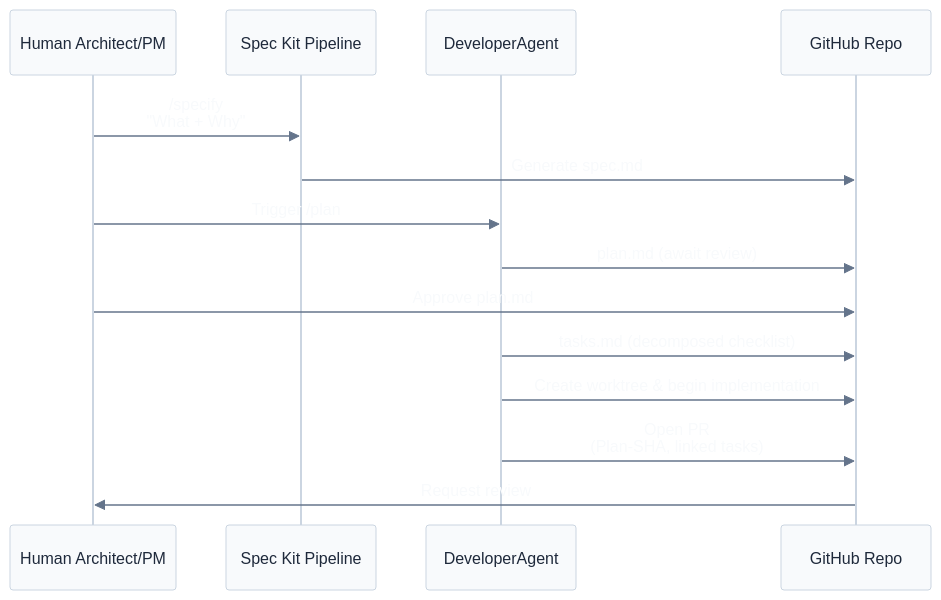
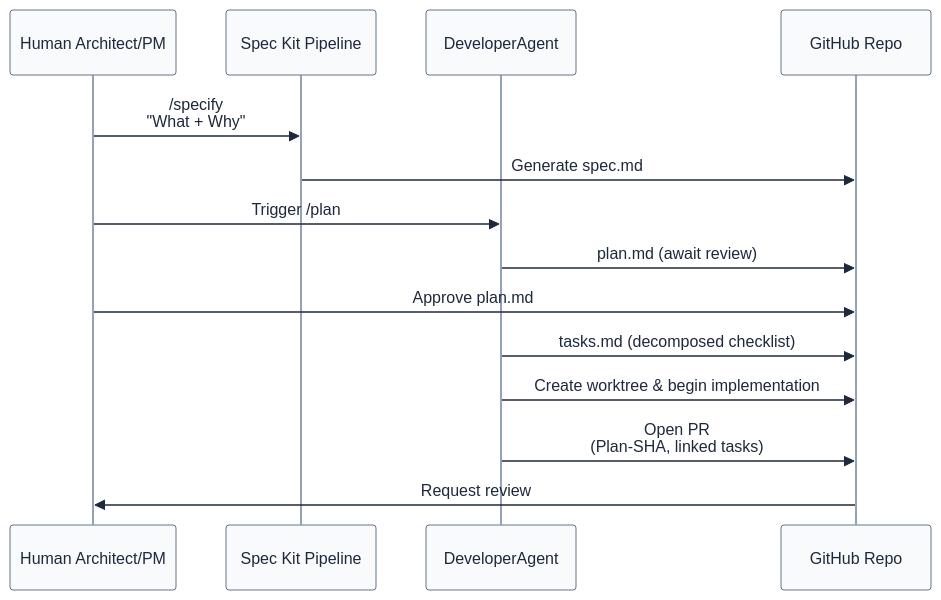
Before and after one commit to donbr/github-agentic-om: the fourth of 8 diagrams in github-native-operating-model.md, drawn with Mermaid. The commit also changed other lines of this file, not shown here.

Commit message:
update mermaid diagrams based on wcag

````diff
--- a/github-native-operating-model.md
+++ b/github-native-operating-model.md
@@ -256,22 +256,22 @@
 ```mermaid
-%%{init: {"theme":"base", "themeVariables": {"primaryColor":"#f8fafc","primaryTextColor":"#1e293b","primaryBorderColor":"#cbd5e1","signalColor":"#64748b","signalTextColor":"#f8fafc","noteBkgColor":"#f8fafc","noteTextColor":"#1e293b","noteBorderColor":"#cbd5e1"}}}%%
+%%{init: {"theme":"base", "themeVariables": {"primaryColor":"#E0E7FF","primaryTextColor":"#1E293B","primaryBorderColor":"#64748B","signalColor":"#1E293B","signalTextColor":"#1E293B","actorLineColor":"#94A3B8","actorBkg":"#F8FAFC","actorBorder":"#64748B","actorTextColor":"#1E293B","labelBoxBkgColor":"#F8FAFC","labelTextColor":"#1E293B","activationBorderColor":"#64748B","activationBkgColor":"#F8FAFC","noteBkgColor":"#F8FAFC","noteTextColor":"#1E293B","noteBorderColor":"#94A3B8"}}}%%
 sequenceDiagram
     participant Human as Human Architect/PM
     participant SpecKit as Spec Kit Pipeline
     participant Agent as DeveloperAgent
     participant GitHub as GitHub Repo
 
     Human->>SpecKit: /specify<br/>"What + Why"
     SpecKit->>GitHub: Generate spec.md
 
     Human->>Agent: Trigger /plan
     Agent->>GitHub: plan.md (await review)
 
     Human->>GitHub: Approve plan.md
 
     Agent->>GitHub: tasks.md (decomposed checklist)
     Agent->>GitHub: Create worktree & begin implementation
 
     Agent->>GitHub: Open PR<br/>(Plan-SHA, linked tasks)
     GitHub->>Human: Request review
 ```
````
